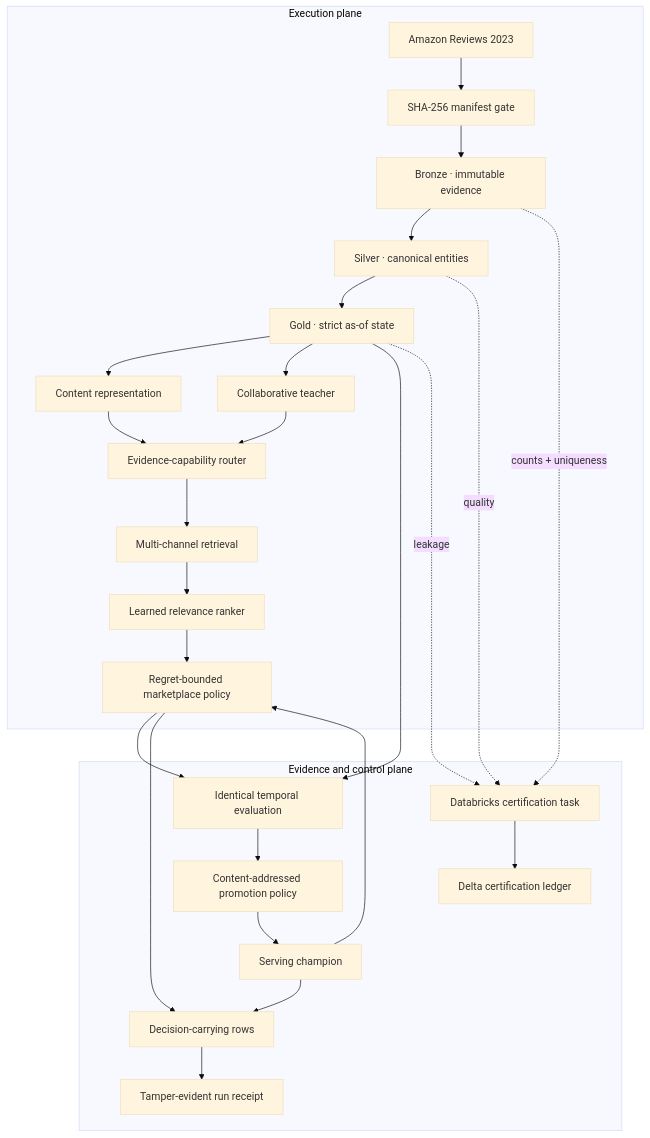
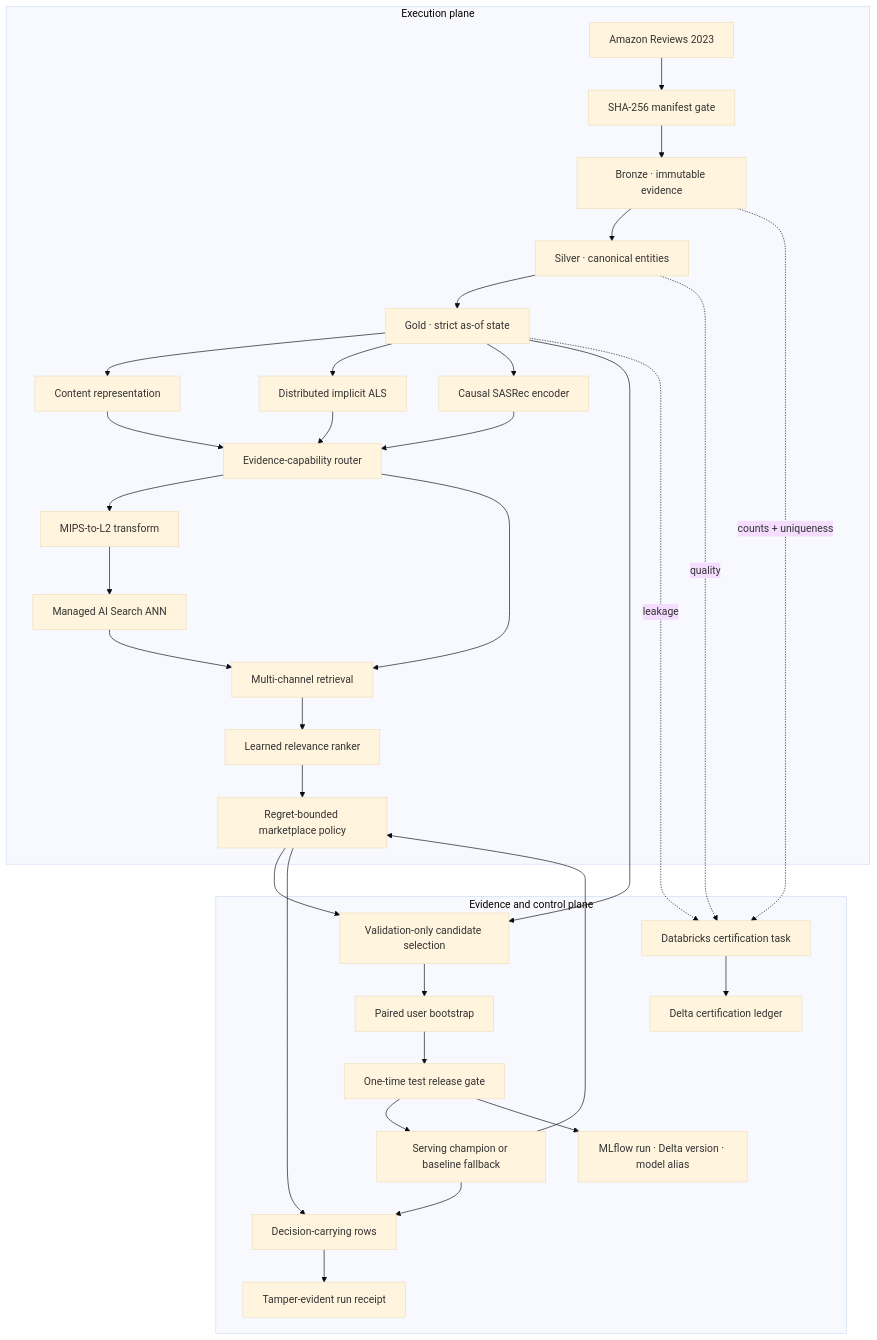
One commit to darshgarg7/Recommender-Lakehouse changed the diagram in README.md. Above: the diagram before and after it, drawn with Mermaid (base theme). The commit also changed other lines of this file and 27 other files, not shown here.

Commit message:
Add certified model serving and release evidence

````diff
--- a/README.md
+++ b/README.md
@@ -232,30 +361,37 @@
 ```mermaid
 flowchart TB
     subgraph X["Execution plane"]
         A["Amazon Reviews 2023"] --> M["SHA-256 manifest gate"]
         M --> B["Bronze · immutable evidence"]
         B --> S["Silver · canonical entities"]
         S --> G["Gold · strict as-of state"]
         G --> C["Content representation"]
-        G --> T["Collaborative teacher"]
+        G --> ALS["Distributed implicit ALS"]
+        G --> SR["Causal SASRec encoder"]
         C --> H["Evidence-capability router"]
-        T --> H
+        ALS --> H
+        SR --> H
+        H --> MP["MIPS-to-L2 transform"]
+        MP --> VS["Managed AI Search ANN"]
         H --> R["Multi-channel retrieval"]
+        VS --> R
         R --> K["Learned relevance ranker"]
         K --> V["Regret-bounded marketplace policy"]
     end
     subgraph E["Evidence and control plane"]
-        Q["Identical temporal evaluation"] --> P["Content-addressed promotion policy"]
-        P --> CH["Serving champion"]
+        Q["Validation-only candidate selection"] --> PB["Paired user bootstrap"]
+        PB --> P["One-time test release gate"]
+        P --> CH["Serving champion or baseline fallback"]
         CH --> D["Decision-carrying rows"]
         D --> RC["Tamper-evident run receipt"]
+        P --> ML["MLflow run · Delta version · model alias"]
         CF["Databricks certification task"] --> CT["Delta certification ledger"]
     end
     G --> Q
     V --> Q
     CH --> V
     V --> D
     B -. "counts + uniqueness" .-> CF
     S -. "quality" .-> CF
     G -. "leakage" .-> CF
 ```
````
